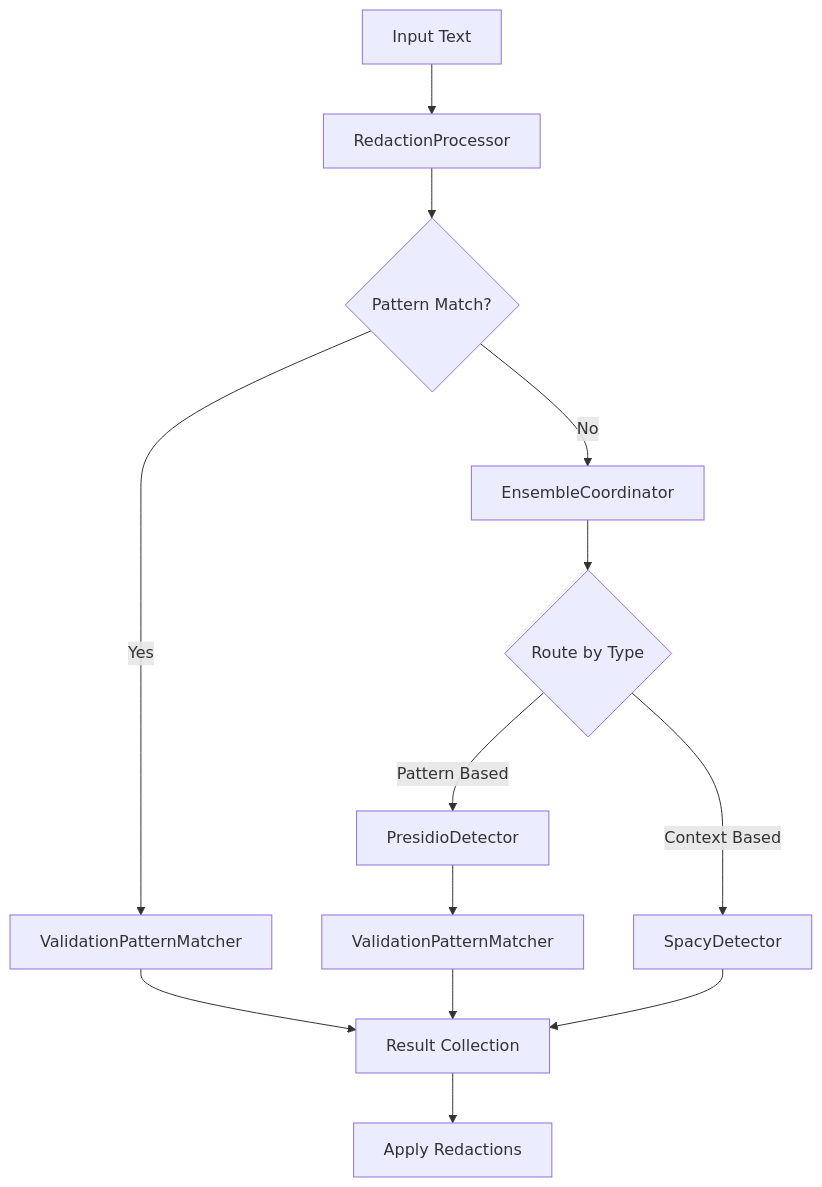
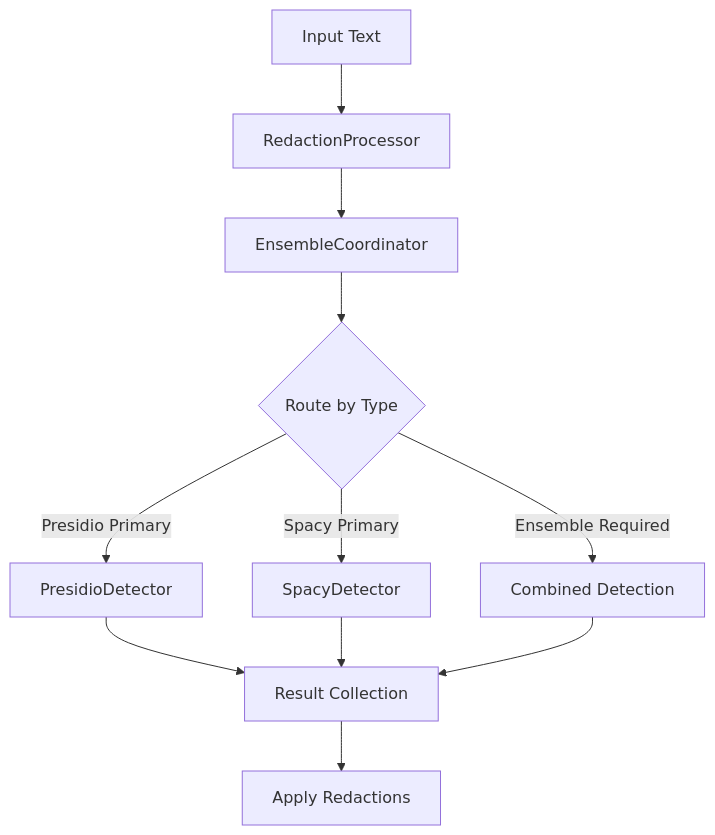
One commit to brockwebb/resume_transcript_redaction changed the diagram in redaction_system_architecture.md. Above: the diagram before and after it, drawn with Mermaid. The commit also changed other lines of this file, not shown here.

````diff
--- a/redaction_system_architecture.md
+++ b/redaction_system_architecture.md
@@ -131,15 +116,13 @@
 ```mermaid
 graph TD
     A[Input Text] --> B[RedactionProcessor]
-    B --> C{Pattern Match?}
-    C -->|Yes| D[ValidationPatternMatcher]
-    C -->|No| E[EnsembleCoordinator]
+    B --> E[EnsembleCoordinator]
     E --> F{Route by Type}
-    F -->|Pattern Based| G[PresidioDetector]
-    F -->|Context Based| H[SpacyDetector]
-    G --> I[ValidationPatternMatcher]
-    D --> J[Result Collection]
+    F -->|Presidio Primary| G[PresidioDetector]
+    F -->|Spacy Primary| H[SpacyDetector]
+    F -->|Ensemble Required| I[Combined Detection]
+    G --> J[Result Collection]
+    H --> J
     I --> J
-    H --> J
     J --> K[Apply Redactions]
 ```
````
